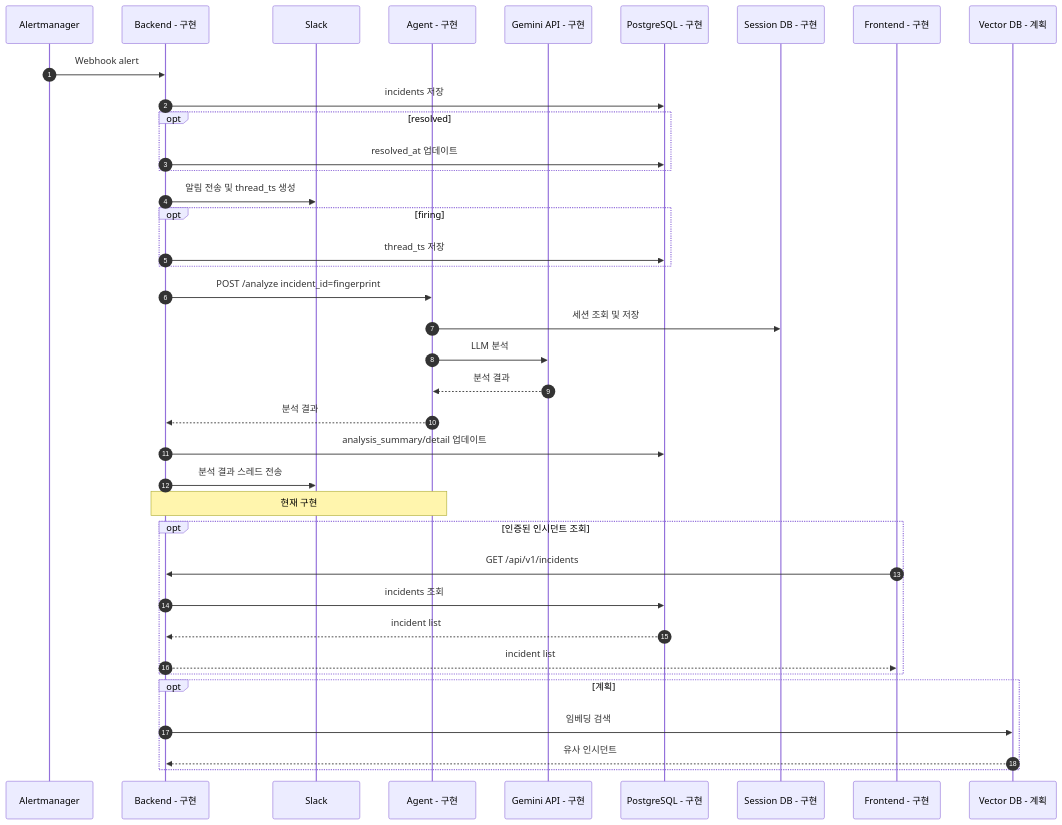
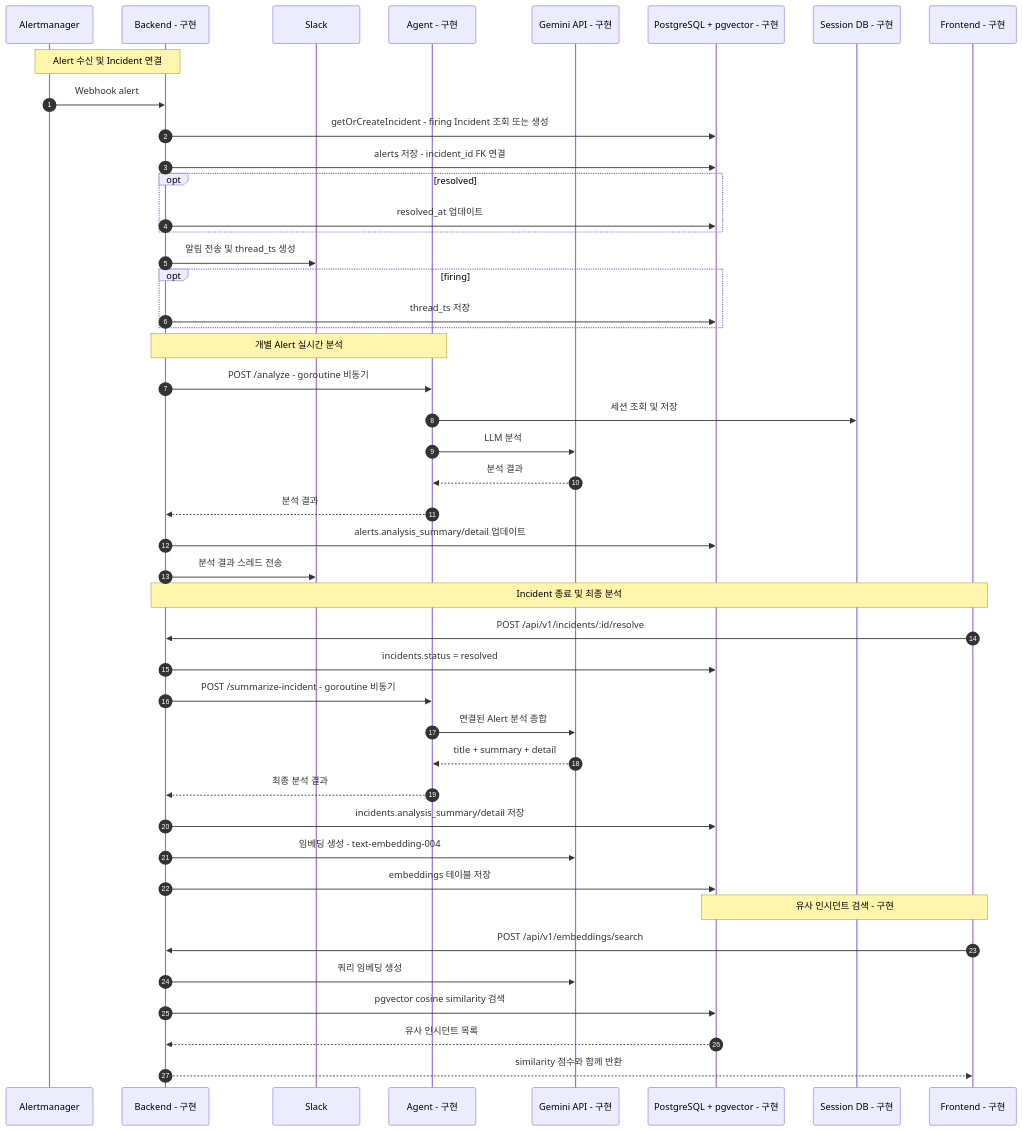
The diagram in docs/diagrams/alert_analysis_sequence_diagram.md (kube-rca/kuberca), drawn with Mermaid before and after one commit. The commit also changed 3 other files, not shown here.

First line of the commit message:
docs: update architecture diagrams for Alert-Incident relationship and embedding search

````diff
--- a/docs/diagrams/alert_analysis_sequence_diagram.md
+++ b/docs/diagrams/alert_analysis_sequence_diagram.md
@@ -1,43 +1,51 @@
 ```mermaid
 sequenceDiagram
   autonumber
   participant AM as Alertmanager
   participant BE as Backend - 구현
   participant SL as Slack
   participant AG as Agent - 구현
   participant LLM as Gemini API - 구현
-  participant DB as PostgreSQL - 구현
+  participant DB as PostgreSQL + pgvector - 구현
   participant SDB as Session DB - 구현
   participant FE as Frontend - 구현
-  participant VDB as Vector DB - 계획
 
+  Note over AM,BE: Alert 수신 및 Incident 연결
   AM->>BE: Webhook alert
-  BE->>DB: incidents 저장
+  BE->>DB: getOrCreateIncident - firing Incident 조회 또는 생성
+  BE->>DB: alerts 저장 - incident_id FK 연결
   opt resolved
     BE->>DB: resolved_at 업데이트
   end
   BE->>SL: 알림 전송 및 thread_ts 생성
   opt firing
     BE->>DB: thread_ts 저장
   end
-  BE->>AG: POST /analyze incident_id=fingerprint
+
+  Note over BE,AG: 개별 Alert 실시간 분석
+  BE->>AG: POST /analyze - goroutine 비동기
   AG->>SDB: 세션 조회 및 저장
   AG->>LLM: LLM 분석
   LLM-->>AG: 분석 결과
   AG-->>BE: 분석 결과
-  BE->>DB: analysis_summary/detail 업데이트
+  BE->>DB: alerts.analysis_summary/detail 업데이트
   BE->>SL: 분석 결과 스레드 전송
-  Note over BE,AG: 현재 구현
 
-  opt 인증된 인시던트 조회
-    FE->>BE: GET /api/v1/incidents
-    BE->>DB: incidents 조회
-    DB-->>BE: incident list
-    BE-->>FE: incident list
-  end
+  Note over FE,BE: Incident 종료 및 최종 분석
+  FE->>BE: POST /api/v1/incidents/:id/resolve
+  BE->>DB: incidents.status = resolved
+  BE->>AG: POST /summarize-incident - goroutine 비동기
+  AG->>LLM: 연결된 Alert 분석 종합
+  LLM-->>AG: title + summary + detail
+  AG-->>BE: 최종 분석 결과
+  BE->>DB: incidents.analysis_summary/detail 저장
+  BE->>LLM: 임베딩 생성 - text-embedding-004
+  BE->>DB: embeddings 테이블 저장
 
-  opt 계획
-    BE->>VDB: 임베딩 검색
-    VDB-->>BE: 유사 인시던트
-  end
+  Note over FE,DB: 유사 인시던트 검색 - 구현
+  FE->>BE: POST /api/v1/embeddings/search
+  BE->>LLM: 쿼리 임베딩 생성
+  BE->>DB: pgvector cosine similarity 검색
+  DB-->>BE: 유사 인시던트 목록
+  BE-->>FE: similarity 점수와 함께 반환
 ```
````
